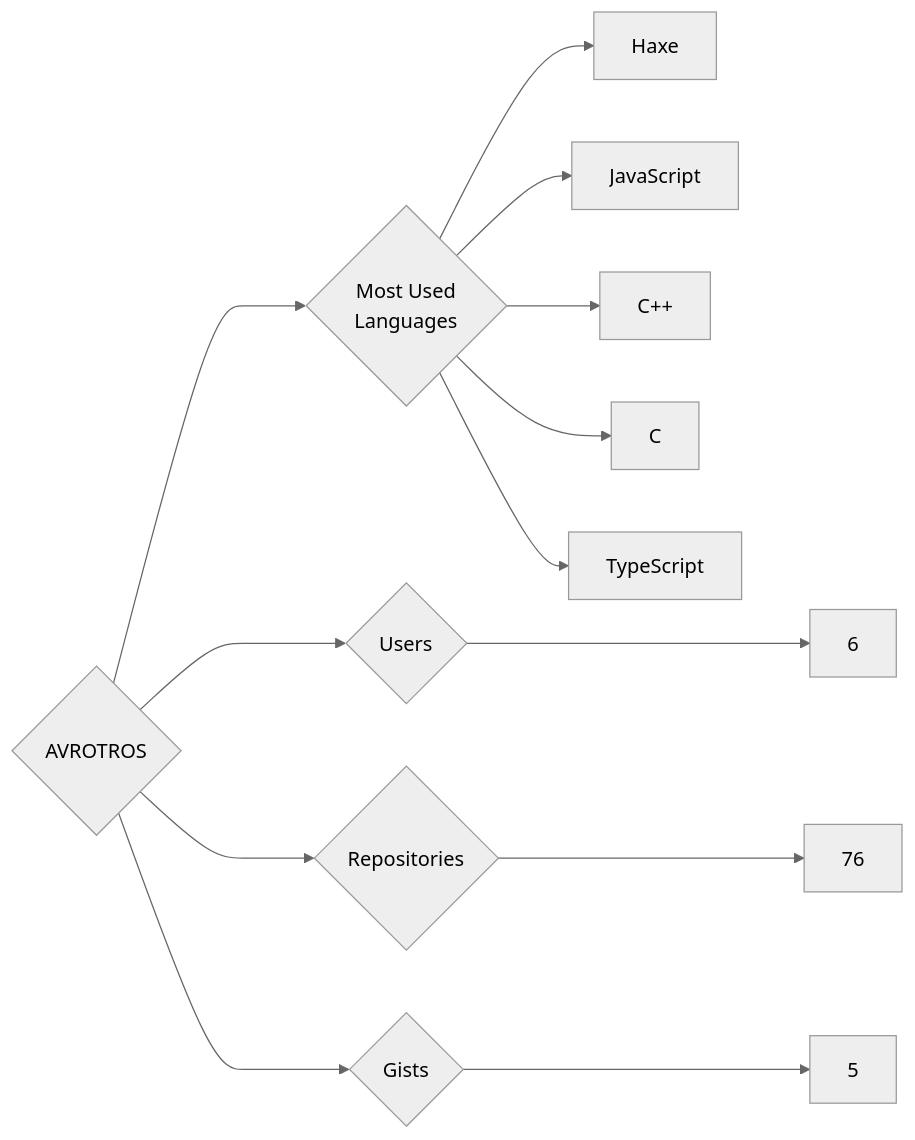
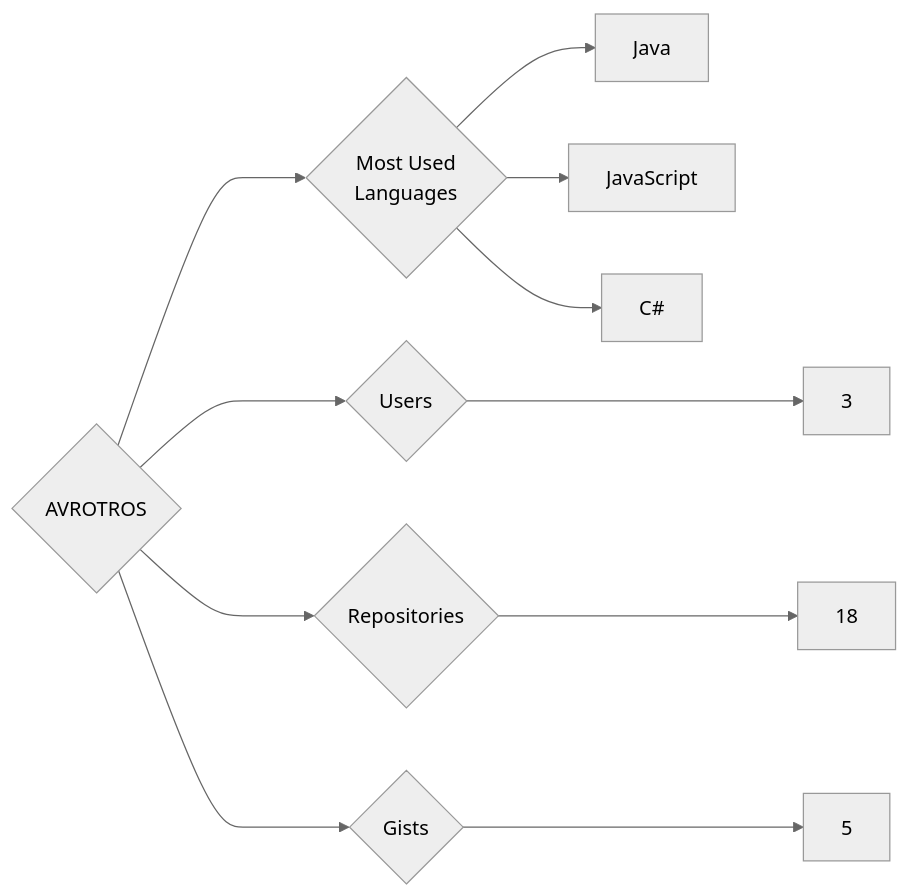
Before and after one commit to trickest/insiders: the diagram in targets/AVROTROS/README.md, drawn with Mermaid (neutral theme). The commit also changed 782 other files, not shown here.

````diff
--- a/targets/AVROTROS/README.md
+++ b/targets/AVROTROS/README.md
@@ -3,13 +3,11 @@
 ```mermaid
 graph LR
 COMPANY_NAME{AVROTROS}
-COMPANY_NAME ---> U{Users} ---> UN[6]
-COMPANY_NAME ---> R{Repositories} ---> RN[76]
+COMPANY_NAME ---> U{Users} ---> UN[3]
+COMPANY_NAME ---> R{Repositories} ---> RN[18]
 COMPANY_NAME ---> G{Gists} ---> GN[5]
 COMPANY_NAME ---> ML{Most Used<br>Languages}
-ML --> Haxe[Haxe]
+ML --> Java[Java]
 ML --> JavaScript[JavaScript]
-ML --> C++[C++]
-ML --> C[C]
-ML --> TypeScript[TypeScript]
+ML --> C#[C#]
 ```
````
